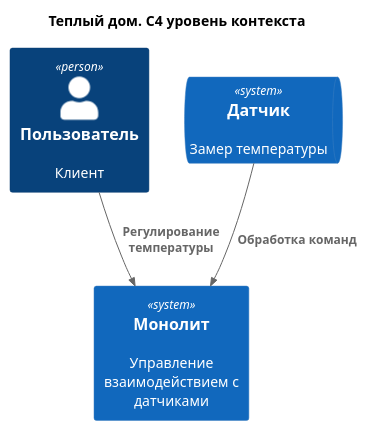
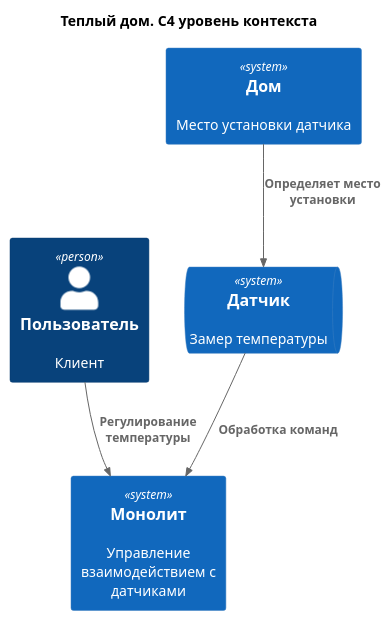
The diagram in 1_task/c4_context.puml (realjungleman/architecture-warmhouse), drawn with PlantUML before and after one commit. The commit also changed 5 other files, not shown here.

```diff
--- a/1_task/c4_context.puml
+++ b/1_task/c4_context.puml
@@ -1,15 +1,17 @@
 @startuml
 title Теплый дом. С4 уровень контекста
 
 top to bottom direction
 
 !includeurl https://raw.githubusercontent.com/RicardoNiepel/C4-PlantUML/master/C4_Component.puml
 
 Person(user, "Пользователь", "Клиент")
 
 System(MainSystem, "Монолит", "Управление взаимодействием с датчиками")
 SystemQueue(Sensor, "Датчик", "Замер температуры")
+System(House, "Дом", "Место установки датчика")
 
 Rel(user, MainSystem, "Регулирование температуры")
 Rel(Sensor, MainSystem, "Обработка команд")
+Rel(House, Sensor, "Определяет место установки")
 @enduml
```
